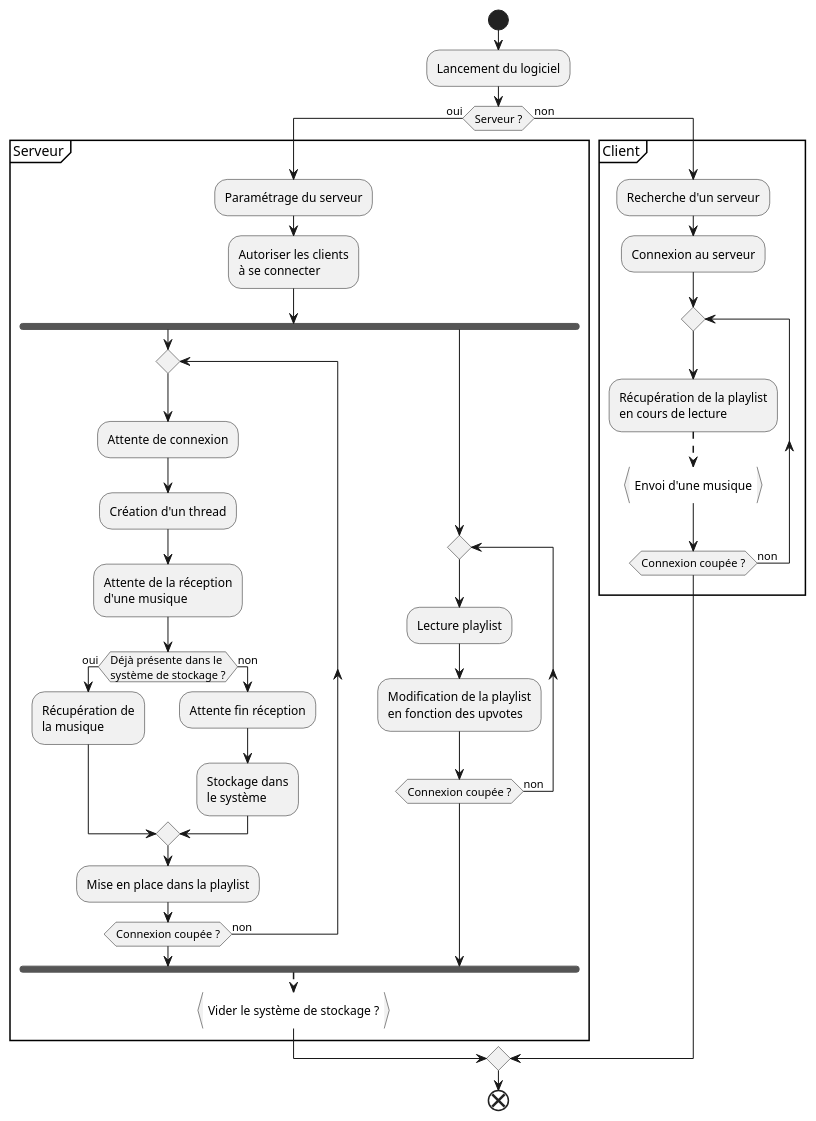
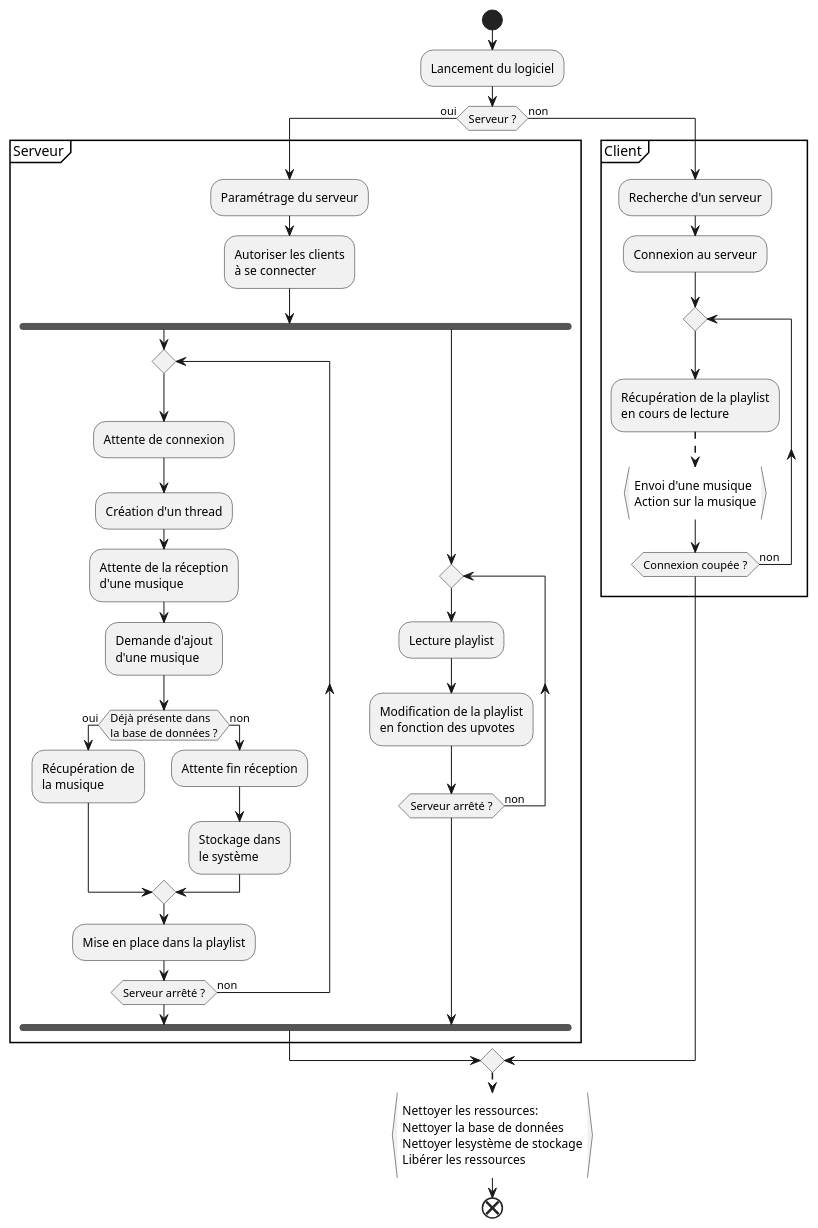
Before and after one commit to heig-vd-pro2017/cahier-des-charges: the diagram in Activity.plantuml, drawn with PlantUML. The commit also changed 3 other files, not shown here.

```diff
--- a/Activity.plantuml
+++ b/Activity.plantuml
@@ -1,53 +1,55 @@
 @startuml
 
 start
 
 :Lancement du logiciel;
 
 if(Serveur ?) is (oui) then
 
 partition Serveur {
     :Paramétrage du serveur;
     :Autoriser les clients\nà se connecter;
     fork
         repeat
             :Attente de connexion;
             :Création d'un thread;
             :Attente de la réception\nd'une musique;
-            if(Déjà présente dans le\nsystème de stockage ?) is (oui) then
+            :Demande d'ajout\nd'une musique;
+            if(Déjà présente dans\nla base de données ?) is (oui) then
                 :Récupération de\nla musique;
             else (non)
                 :Attente fin réception;
                 :Stockage dans\nle système;
             endif
             :Mise en place dans la playlist;
-        repeat while(Connexion coupée ?) is (non)
+        repeat while(Serveur arrêté ?) is (non)
 
     fork again
         repeat
             :Lecture playlist;
             :Modification de la playlist\nen fonction des upvotes;
-        repeat while(Connexion coupée ?) is (non)
+        repeat while(Serveur arrêté ?) is (non)
     end fork
-
-    -[dashed]->
-    :Vider le système de stockage ?}
 }
 
 else (non)
 
 partition Client {
     :Recherche d'un serveur;
     :Connexion au serveur;
     repeat
         :Récupération de la playlist\nen cours de lecture;
         -[dashed]->
-        :Envoi d'une musique}
+        :Envoi d'une musique\nAction sur la musique}
     repeat while (Connexion coupée ?) is (non)
 }
 
 endif
 
+
+-[dashed]->
+:Nettoyer les ressources:\nNettoyer la base de données\nNettoyer lesystème de stockage\nLibérer les ressources}
+
 end
 
 @enduml
```
